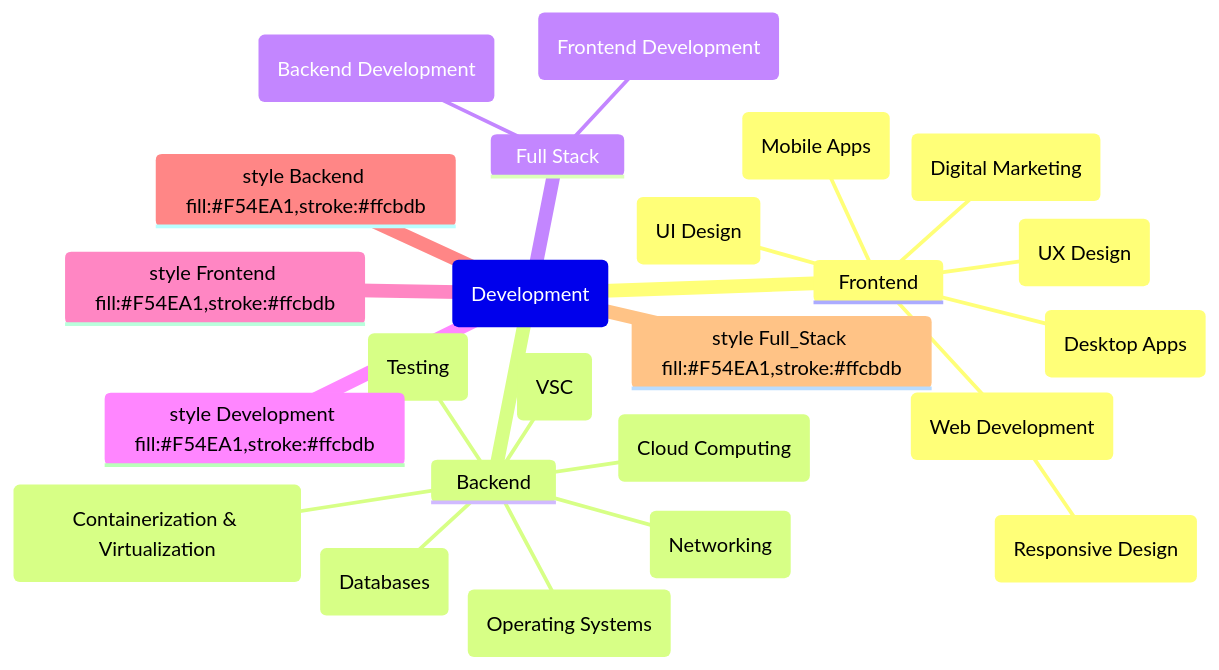
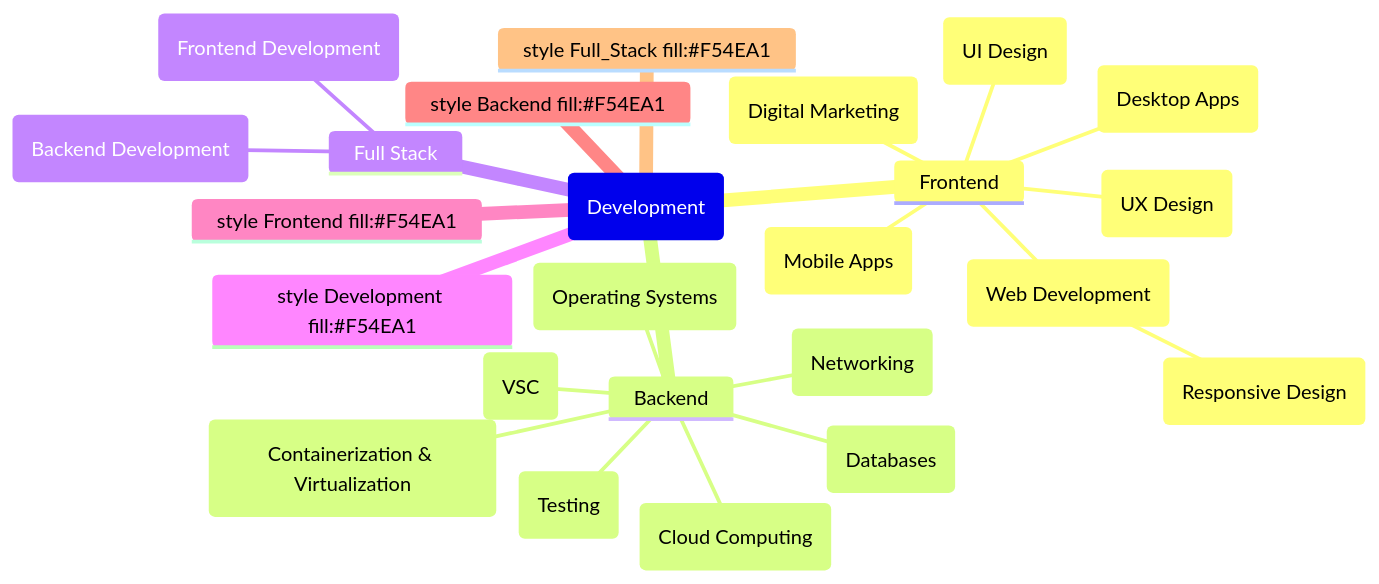
The diagram in README.md (Azriel1909/Pink-academy), drawn with Mermaid before and after one commit.

Commit message:
Mindmap updated

````diff
--- a/README.md
+++ b/README.md
@@ -9,27 +9,27 @@
 ```mermaid
 mindmap
 root(Development)
     Frontend 
         (UX Design)
         (UI Design)
         (Digital Marketing)
         (Mobile Apps)
         (Desktop Apps)
         (Web Development)
             (Responsive Design)
     Backend 
         (VSC)
         (Databases)
         (Networking)
         (Cloud Computing)
         (Operating Systems)
         (Testing)
         (Containerization & Virtualization)
     Full Stack 
         (Frontend Development)
         (Backend Development)
-    style Development fill:#F54EA1,stroke:#ffcbdb
-    style Frontend fill:#F54EA1,stroke:#ffcbdb
-    style Backend fill:#F54EA1,stroke:#ffcbdb
-    style Full_Stack fill:#F54EA1,stroke:#ffcbdb
+    style Development fill:#F54EA1
+    style Frontend fill:#F54EA1
+    style Backend fill:#F54EA1
+    style Full_Stack fill:#F54EA1
 ```
````
